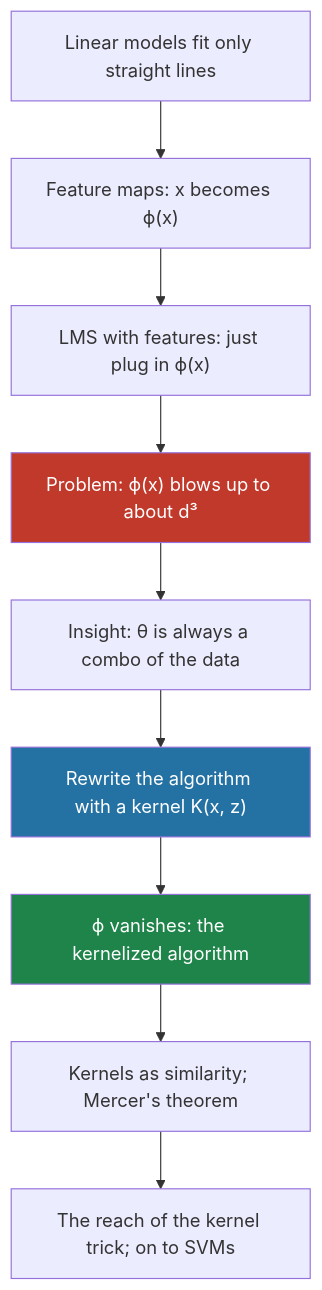
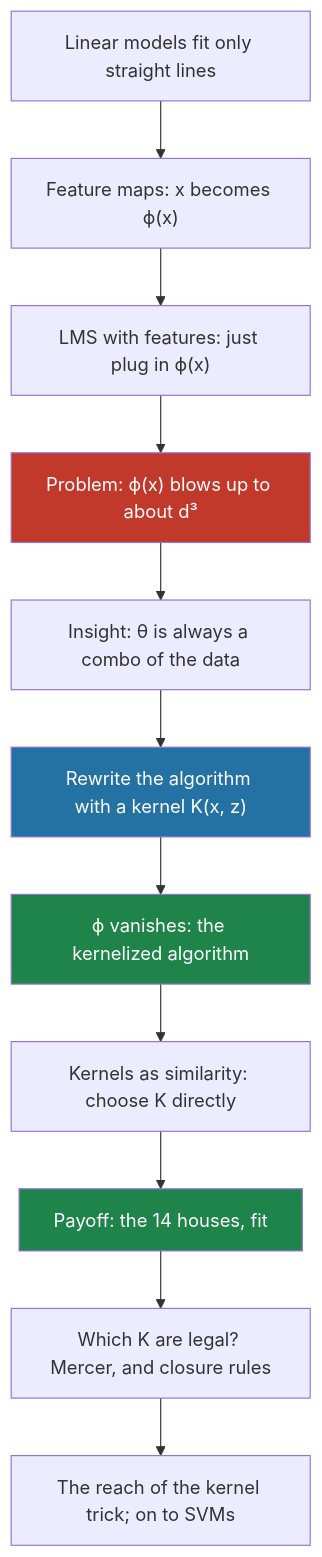
The first of 3 diagrams in blog/published/kernel-methods/index.qmd (SushrutGaikwad/SushrutGaikwad.github.io), drawn with Mermaid before and after one commit. The commit also changed other lines of this file and 24 other files, not shown here.

First line of the commit message:
Overhaul the Kernel Methods post: figures, payoff, and closure rules

````diff
--- a/blog/published/kernel-methods/index.qmd
+++ b/blog/published/kernel-methods/index.qmd
@@ -47,18 +49,21 @@
 ```{mermaid}
 %%| label: fig-roadmap
 %%| fig-cap: "The journey of this post: from feature maps, into a computational wall, and out the other side via the kernel trick, ending at Mercer's theorem and the broad reach of kernels."
 %%| fig-align: center
 flowchart TD
     A["Linear models fit only straight lines"] --> B["Feature maps: x becomes ϕ(x)"]
     B --> C["LMS with features: just plug in ϕ(x)"]
     C --> D["Problem: ϕ(x) blows up to about d³"]
     D --> E["Insight: θ is always a combo of the data"]
     E --> F["Rewrite the algorithm with a kernel K(x, z)"]
     F --> G["ϕ vanishes: the kernelized algorithm"]
-    G --> H["Kernels as similarity; Mercer's theorem"]
-    H --> I["The reach of the kernel trick; on to SVMs"]
+    G --> H["Kernels as similarity: choose K directly"]
+    H --> I["Payoff: the 14 houses, fit"]
+    I --> J["Which K are legal? Mercer, and closure rules"]
+    J --> K["The reach of the kernel trick; on to SVMs"]
 
     style D fill:#c0392b,color:#fff
     style F fill:#2471a3,color:#fff
     style G fill:#1e8449,color:#fff
+    style I fill:#1e8449,color:#fff
 ```
````
